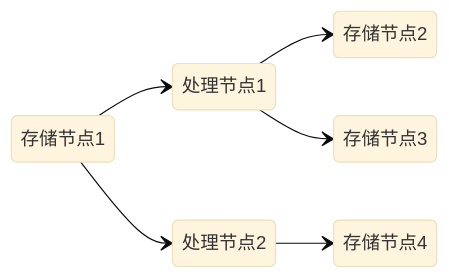
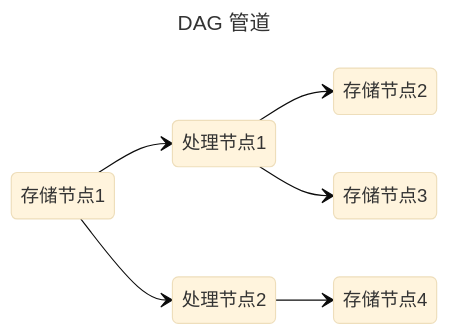
The seventh of 17 diagrams in doc/数据技术/数据处理.md (0xcaffebabe/note), drawn with Mermaid (base theme) before and after one commit. The commit also changed other lines of this file, not shown here.

````diff
--- a/doc/数据技术/数据处理.md
+++ b/doc/数据技术/数据处理.md
@@ -153,9 +156,12 @@
 ```mermaid
+---
+title: DAG 管道
+---
 stateDiagram-v2
   direction LR
   存储节点1 --> 处理节点1
   存储节点1 --> 处理节点2
   处理节点1 --> 存储节点2
   处理节点1 --> 存储节点3
   处理节点2 --> 存储节点4
 ```
````
